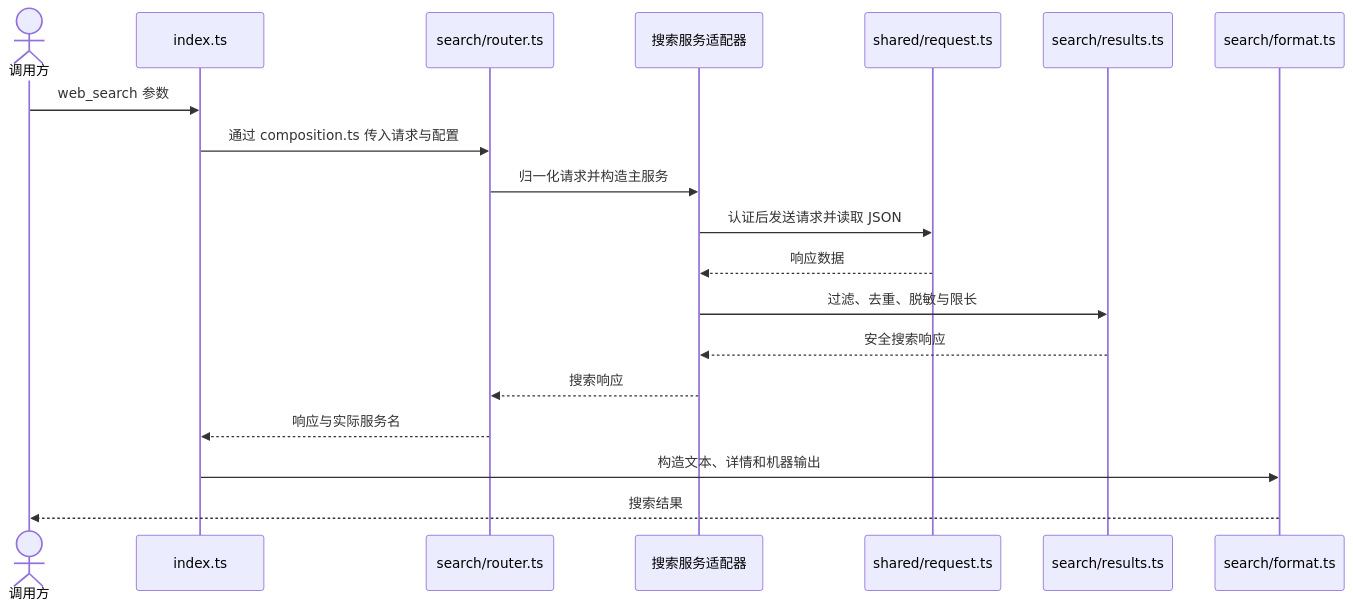
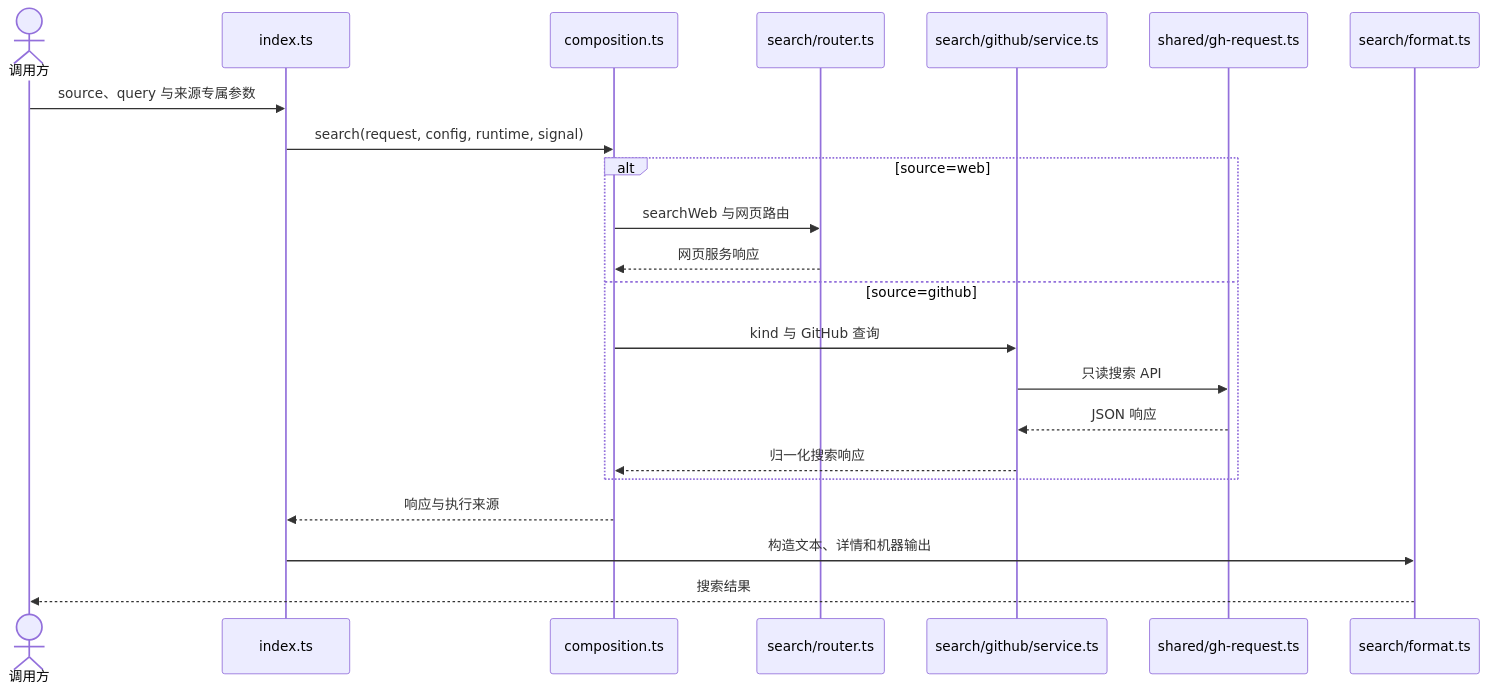
One commit to aqua2k1/pi-kits changed the second of 3 diagrams in extensions/pi-web-kits/docs/architecture.md. Above: the diagram before and after it, drawn with Mermaid. The commit also changed other lines of this file and 34 other files, not shown here.

Commit message:
feat(web-kits): add capability-based web and GitHub search

````diff
--- a/extensions/pi-web-kits/docs/architecture.md
+++ b/extensions/pi-web-kits/docs/architecture.md
@@ -51,21 +52,24 @@
 ```mermaid
 sequenceDiagram
   actor caller as 调用方
   participant entry as index.ts
-  participant router as search/router.ts
-  participant provider as 搜索服务适配器
-  participant transport as shared/request.ts
-  participant results as search/results.ts
+  participant composition as composition.ts
+  participant web as search/router.ts
+  participant github as search/github/service.ts
+  participant gh as shared/gh-request.ts
   participant output as search/format.ts
-  caller->>entry: web_search 参数
-  entry->>router: 通过 composition.ts 传入请求与配置
-  router->>provider: 归一化请求并构造主服务
-  provider->>transport: 认证后发送请求并读取 JSON
-  transport-->>provider: 响应数据
-  provider->>results: 过滤、去重、脱敏与限长
-  results-->>provider: 安全搜索响应
-  provider-->>router: 搜索响应
-  router-->>entry: 响应与实际服务名
+  caller->>entry: source、query 与来源专属参数
+  entry->>composition: search(request, config, runtime, signal)
+  alt source=web
+    composition->>web: searchWeb 与网页路由
+    web-->>composition: 网页服务响应
+  else source=github
+    composition->>github: kind 与 GitHub 查询
+    github->>gh: 只读搜索 API
+    gh-->>github: JSON 响应
+    github-->>composition: 归一化搜索响应
+  end
+  composition-->>entry: 响应与执行来源
   entry->>output: 构造文本、详情和机器输出
   output-->>caller: 搜索结果
 ```
````
